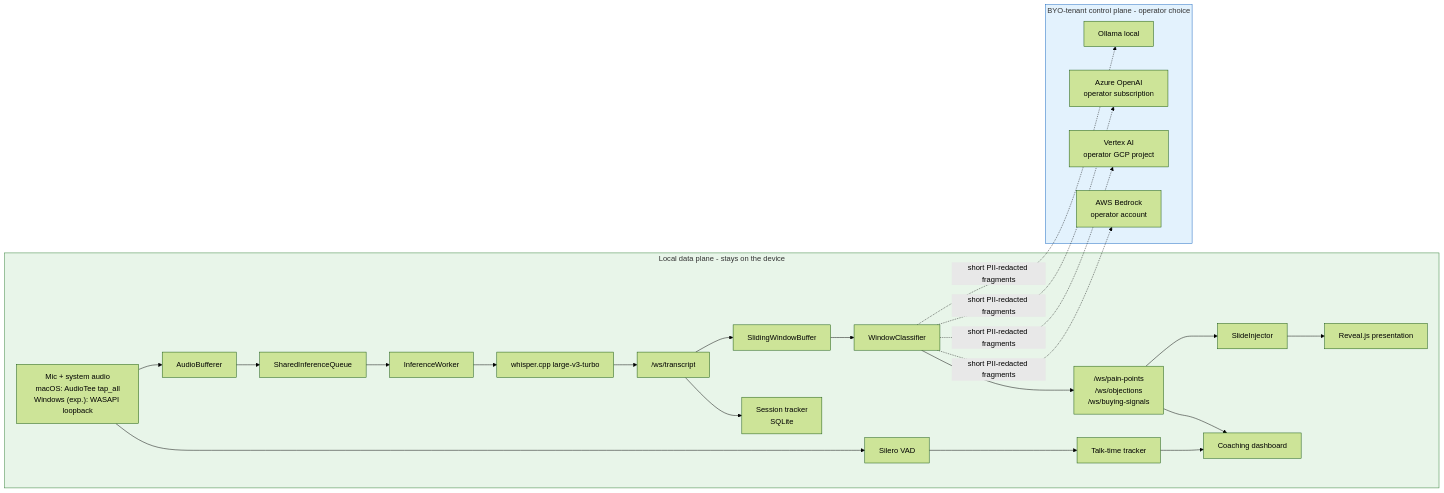
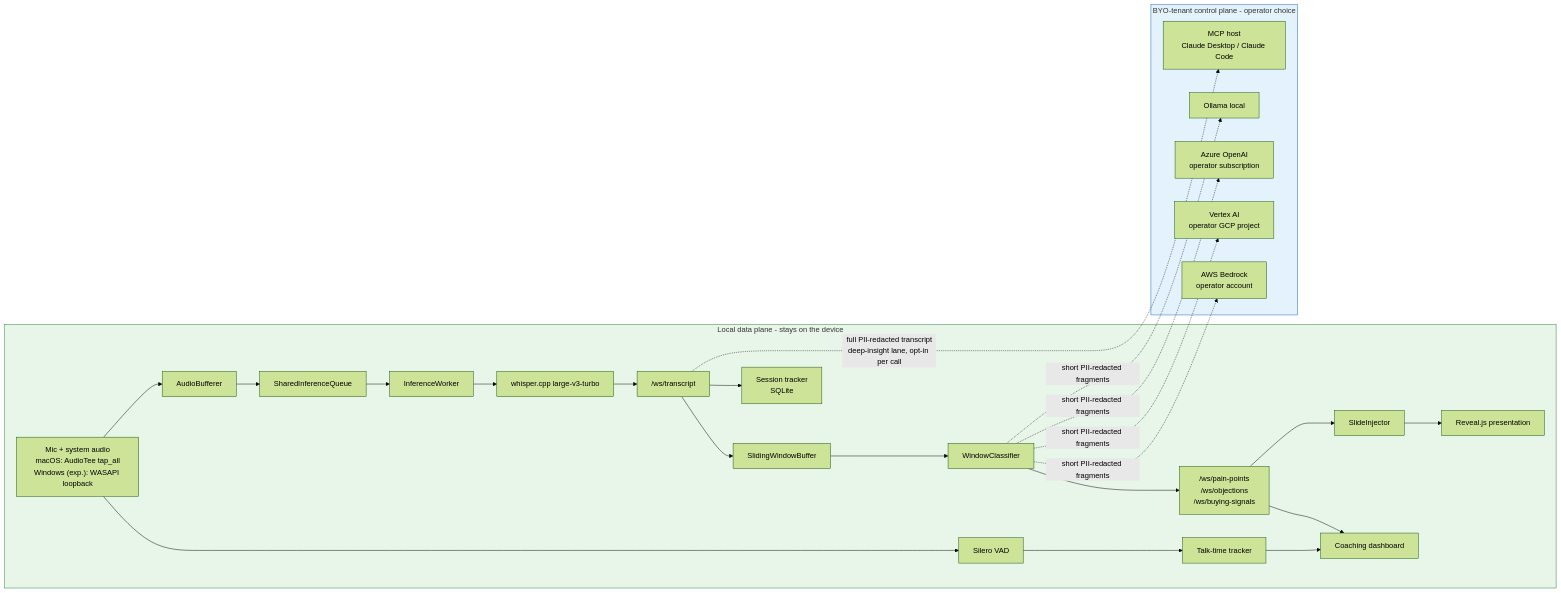
The first of 2 diagrams in docs/ARCHITECTURE.md (Vinix24/OnCue), drawn with Mermaid (forest theme) before and after one commit. The commit also changed other lines of this file and 222 other files, not shown here.

````diff
--- a/docs/ARCHITECTURE.md
+++ b/docs/ARCHITECTURE.md
@@ -18,30 +18,31 @@
 ```mermaid
 graph LR
     subgraph local["Local data plane - stays on the device"]
         A["Mic + system audio<br/>macOS: AudioTee tap_all<br/>Windows (exp.): WASAPI loopback"] --> B[Silero VAD]
         B --> C[Talk-time tracker]
         A --> D[AudioBufferer]
         D --> E[SharedInferenceQueue]
         E --> F[InferenceWorker]
         F --> G[whisper.cpp large-v3-turbo]
         G --> H["/ws/transcript"]
         H --> I[SlidingWindowBuffer]
         I --> J[WindowClassifier]
         J --> K["/ws/pain-points<br/>/ws/objections<br/>/ws/buying-signals"]
         K --> L[SlideInjector]
         L --> M[Reveal.js presentation]
         C --> N[Coaching dashboard]
         K --> N
         H --> O["Session tracker<br/>SQLite"]
     end
 
     subgraph tenant["BYO-tenant control plane - operator choice"]
+        H -. "full PII-redacted transcript<br/>deep-insight lane, opt-in per call" .-> T["MCP host<br/>Claude Desktop / Claude Code"]
         J -. short PII-redacted fragments .-> P[Ollama local]
         J -. short PII-redacted fragments .-> Q[Azure OpenAI<br/>operator subscription]
         J -. short PII-redacted fragments .-> R[Vertex AI<br/>operator GCP project]
         J -. short PII-redacted fragments .-> S[AWS Bedrock<br/>operator account]
     end
 
     style local fill:#e8f5e9,stroke:#2e7d32
     style tenant fill:#e3f2fd,stroke:#1565c0
 ```
````
